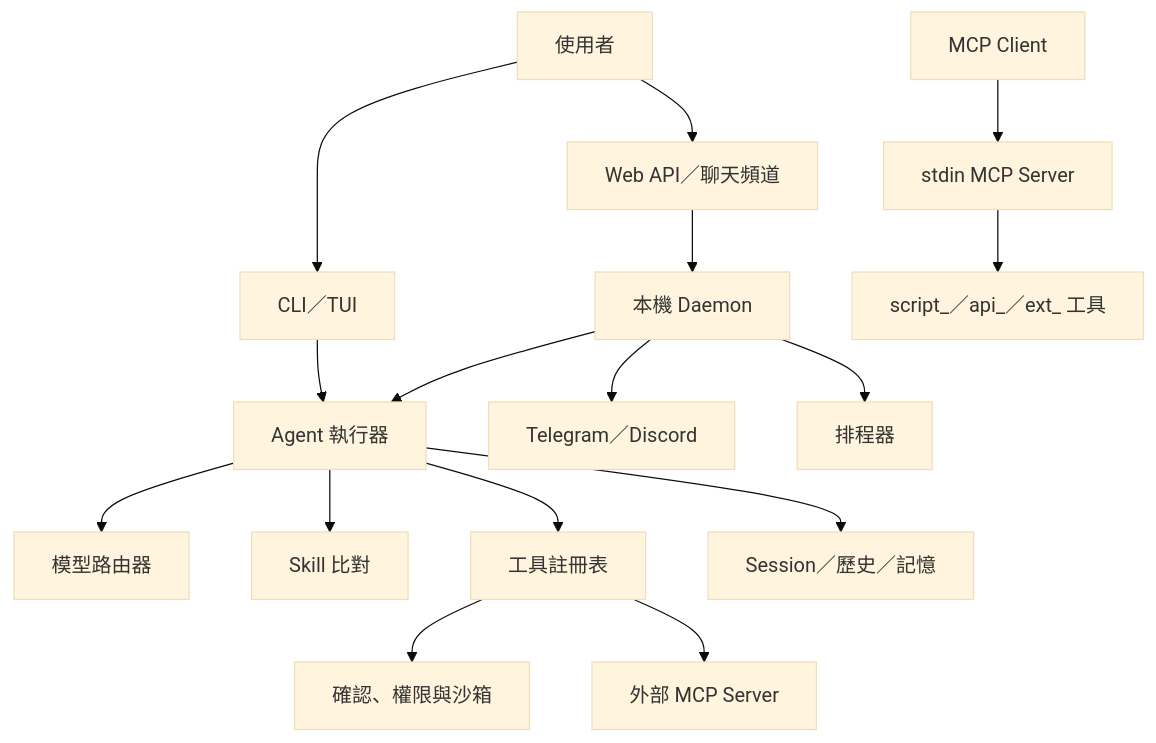
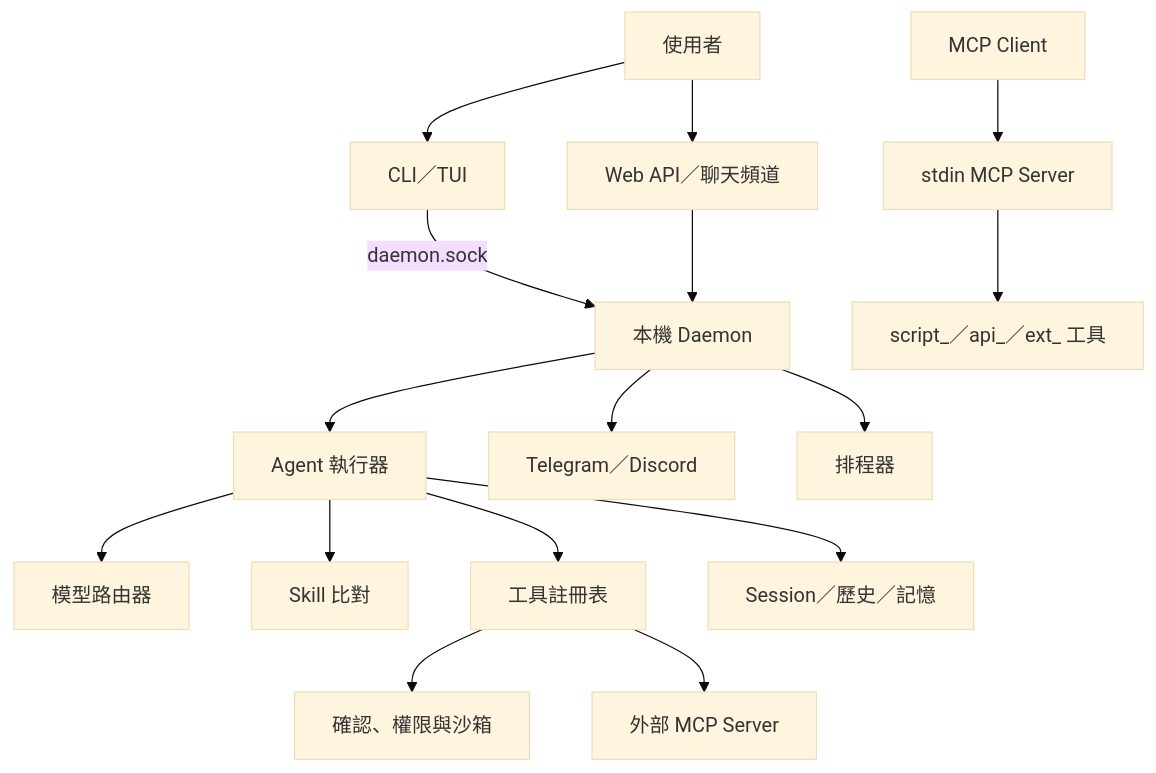
One commit to agenvoy/Agenvoy changed the first of 9 diagrams in doc/architecture.zh.md. Above: the diagram before and after it, drawn with Mermaid (base theme). The commit also changed other lines of this file and 3 other files, not shown here.

Commit message:
doc: Update architecture and usage documentation for daemon-driven TUI

````diff
--- a/doc/architecture.zh.md
+++ b/doc/architecture.zh.md
@@ -9,18 +9,18 @@
 ```mermaid
 graph TB
     User[使用者] --> TUI[CLI／TUI]
     User --> Web[Web API／聊天頻道]
     Client[MCP Client] --> MCPServer[stdin MCP Server]
-    TUI --> Exec[Agent 執行器]
-    Web --> Daemon[本機 Daemon]
-    Daemon --> Exec
+    TUI -->|daemon.sock| Daemon[本機 Daemon]
+    Web --> Daemon
+    Daemon --> Exec[Agent 執行器]
     MCPServer --> ToolBox[script_／api_／ext_ 工具]
     Exec --> Router[模型路由器]
     Exec --> Skills[Skill 比對]
     Exec --> Tools[工具註冊表]
     Exec --> Sessions[Session／歷史／記憶]
     Tools --> Guard[確認、權限與沙箱]
     Daemon --> Channels[Telegram／Discord]
     Daemon --> Scheduler[排程器]
     Tools --> MCPClient[外部 MCP Server]
 ```
````
